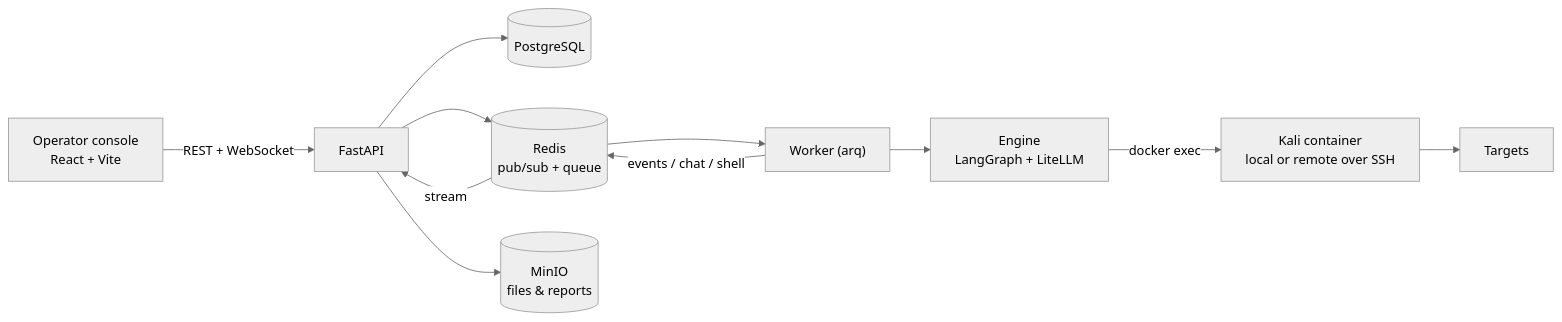
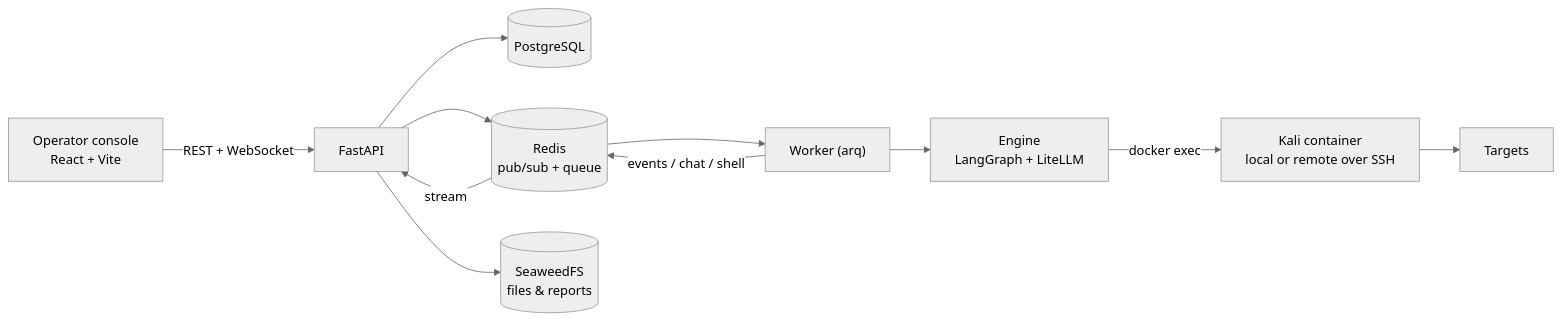
One commit to martian56/redcell changed the diagram in docs/ARCHITECTURE.md. Above: the diagram before and after it, drawn with Mermaid (neutral theme). The commit also changed other lines of this file and 16 other files, not shown here.

First line of the commit message:
feat: swap object storage from MinIO to SeaweedFS (#237)

````diff
--- a/docs/ARCHITECTURE.md
+++ b/docs/ARCHITECTURE.md
@@ -6,13 +6,13 @@
 ```mermaid
 flowchart LR
   UI["Operator console<br/>React + Vite"] -->|REST + WebSocket| API["FastAPI"]
   API --> PG[(PostgreSQL)]
   API --> RS[(Redis<br/>pub/sub + queue)]
-  API --> S3[(MinIO<br/>files & reports)]
+  API --> S3[(SeaweedFS<br/>files & reports)]
   RS --> W["Worker (arq)"]
   W --> ENG["Engine<br/>LangGraph + LiteLLM"]
   ENG -->|docker exec| KALI["Kali container<br/>local or remote over SSH"]
   KALI --> TGT["Targets"]
   W -->|events / chat / shell| RS
   RS -->|stream| API
 ```
````
